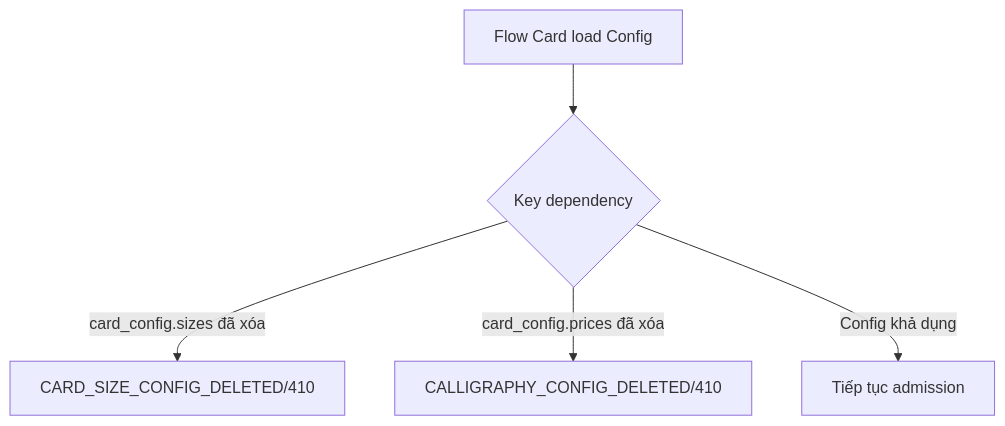
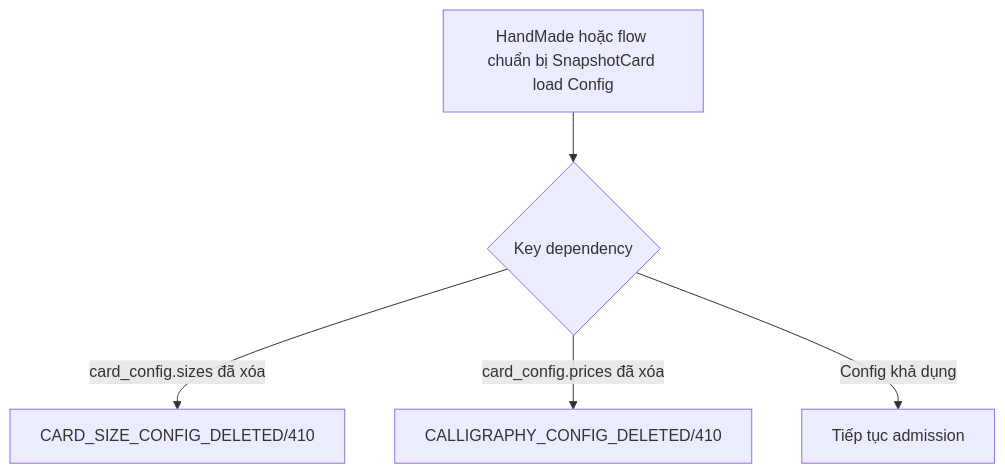
One commit to TaskCoper/hoatheomua-be changed the third of 5 diagrams in HoaTheoMua.Repository/docs/tdd/TDD-011/TDD-011-xoa-card-config.md. Above: the diagram before and after it, drawn with Mermaid. The commit also changed other lines of this file and 499 other files, not shown here.

````diff
--- a/HoaTheoMua.Repository/docs/tdd/TDD-011/TDD-011-xoa-card-config.md
+++ b/HoaTheoMua.Repository/docs/tdd/TDD-011/TDD-011-xoa-card-config.md
@@ -113,7 +113,7 @@
 ```mermaid
 flowchart TD
-    A[Flow Card load Config] --> B{Key dependency}
+    A[HandMade hoặc flow chuẩn bị SnapshotCard load Config] --> B{Key dependency}
     B -->|card_config.sizes đã xóa| C[CARD_SIZE_CONFIG_DELETED/410]
     B -->|card_config.prices đã xóa| D[CALLIGRAPHY_CONFIG_DELETED/410]
     B -->|Config khả dụng| E[Tiếp tục admission]
 ```
````
